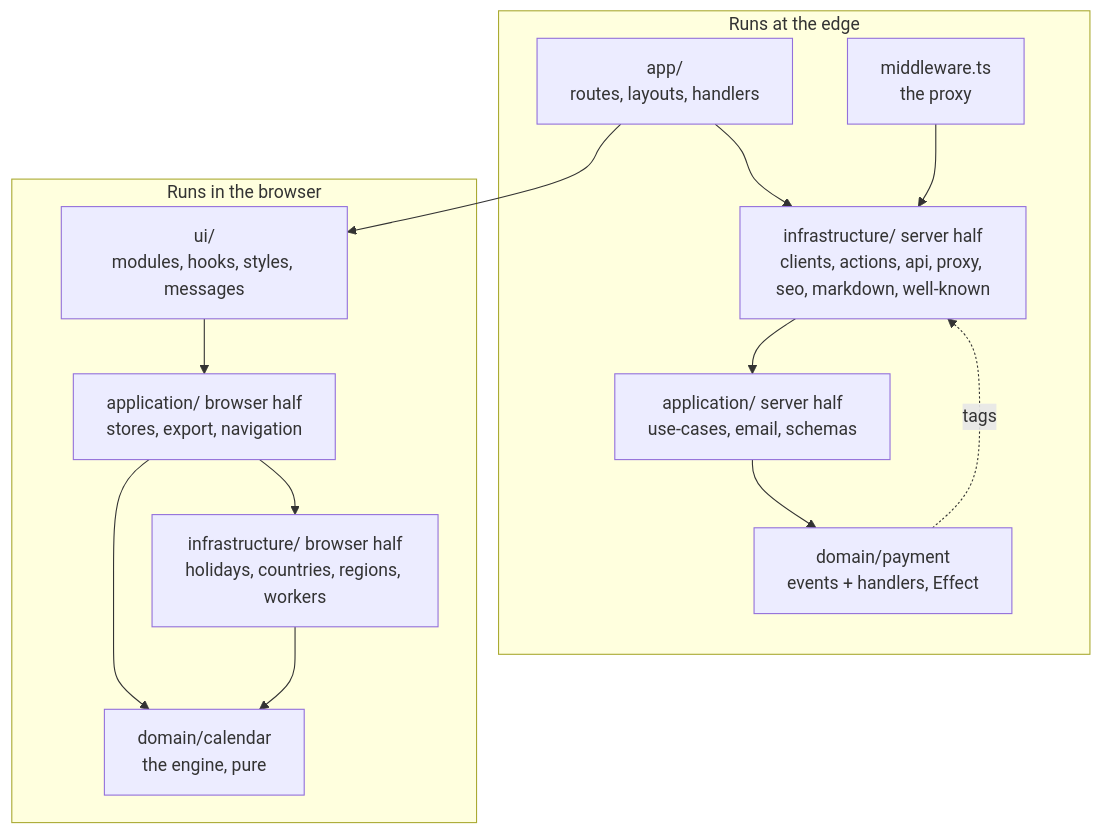
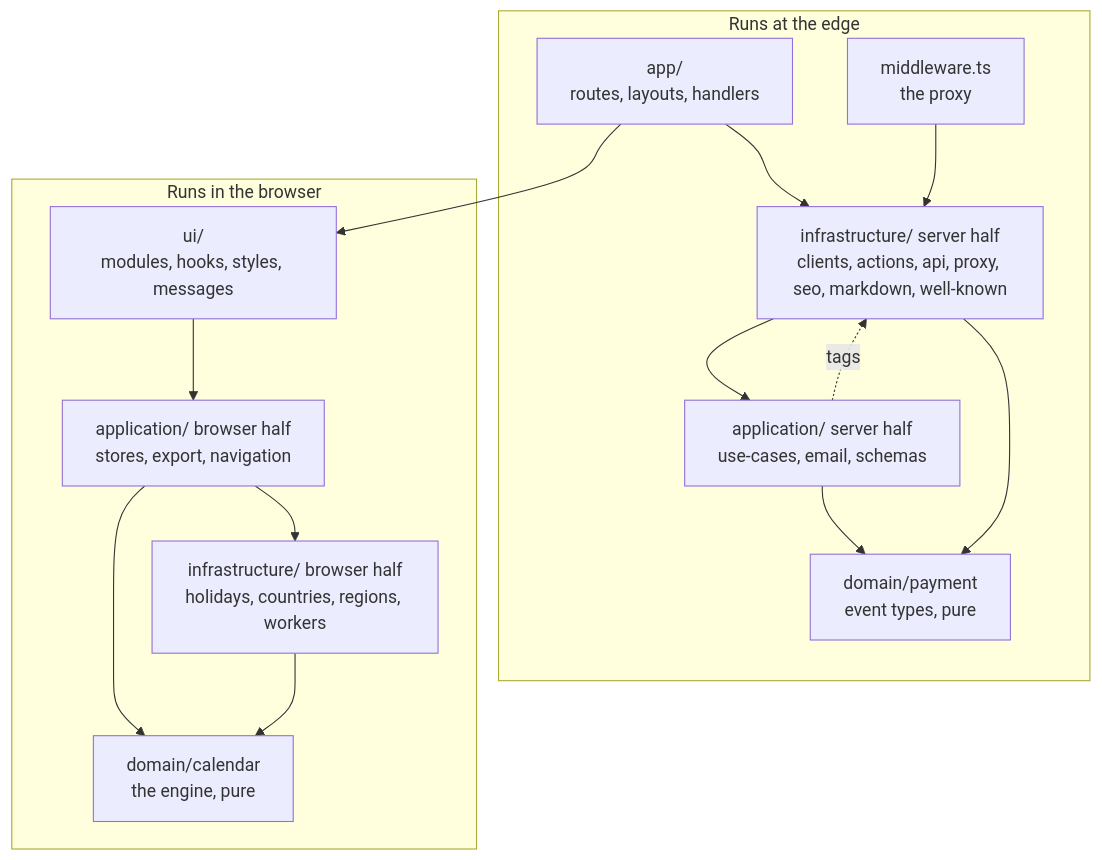
The diagram in apps/docs/src/content/docs/architecture/layers.mdx (fbuireu/forever-pto), drawn with Mermaid before and after one commit. The commit also changed other lines of this file and 26 other files, not shown here.

First line of the commit message:
refactor(web): keep the payment domain to its types, its handlers as use cases, its factory in infra

````diff
--- a/apps/docs/src/content/docs/architecture/layers.mdx
+++ b/apps/docs/src/content/docs/architecture/layers.mdx
@@ -10,22 +10,23 @@
 ```mermaid
 flowchart TB
   subgraph edge [Runs at the edge]
     APP["app/<br/>routes, layouts, handlers"]
     MW["middleware.ts<br/>the proxy"]
     INFS["infrastructure/ server half<br/>clients, actions, api, proxy, seo, markdown, well-known"]
     APPS["application/ server half<br/>use-cases, email, schemas"]
-    DP["domain/payment<br/>events + handlers, Effect"]
+    DP["domain/payment<br/>event types, pure"]
   end
   subgraph browser [Runs in the browser]
     UI["ui/<br/>modules, hooks, styles, messages"]
     APPB["application/ browser half<br/>stores, export, navigation"]
     INFB["infrastructure/ browser half<br/>holidays, countries, regions, workers"]
     DC["domain/calendar<br/>the engine, pure"]
   end
   APP --> UI & INFS
   MW --> INFS
   INFS --> APPS --> DP
+  INFS --> DP
   UI --> APPB --> DC
   APPB --> INFB --> DC
-  DP -. tags .-> INFS
+  APPS -. tags .-> INFS
 ```
````
